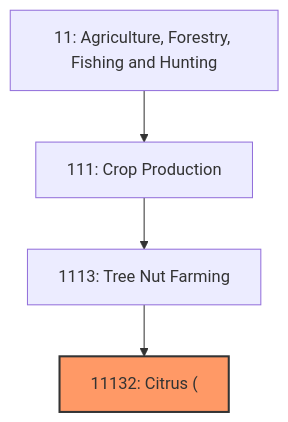
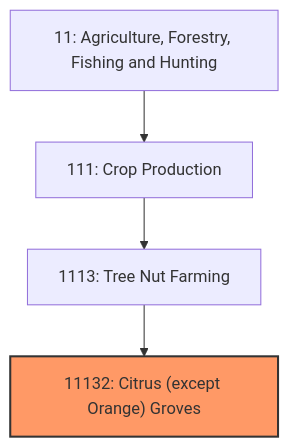
Before and after one commit to kziemski/business.org.ai: the first of 3 diagrams in industries/Agriculture/CropProduction/TreeNutFarming/Citrus.mdx, drawn with Mermaid. The commit also changed other lines of this file and 67418 other files, not shown here.

````diff
--- a/industries/Agriculture/CropProduction/TreeNutFarming/Citrus.mdx
+++ b/industries/Agriculture/CropProduction/TreeNutFarming/Citrus.mdx
@@ -20,8 +20,8 @@
 ```mermaid
 graph TD
     S11["11: Agriculture, Forestry, Fishing and Hunting"]
     S11 --> N111["111: Crop Production"]
     N111 --> N1113["1113: Tree Nut Farming"]
-    N1113 --> N11132["11132: Citrus ("]
+    N1113 --> N11132["11132: Citrus (except Orange) Groves"]
     style N11132 fill:#f96,stroke:#333,stroke-width:2px
 ```
````
